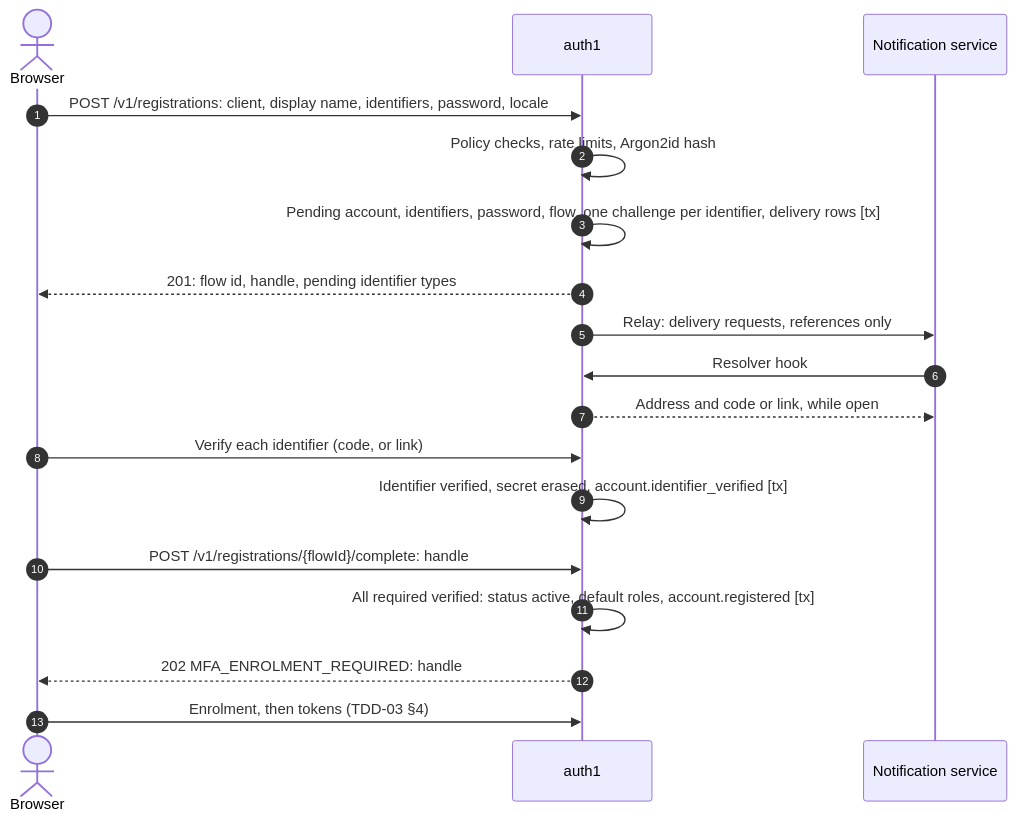
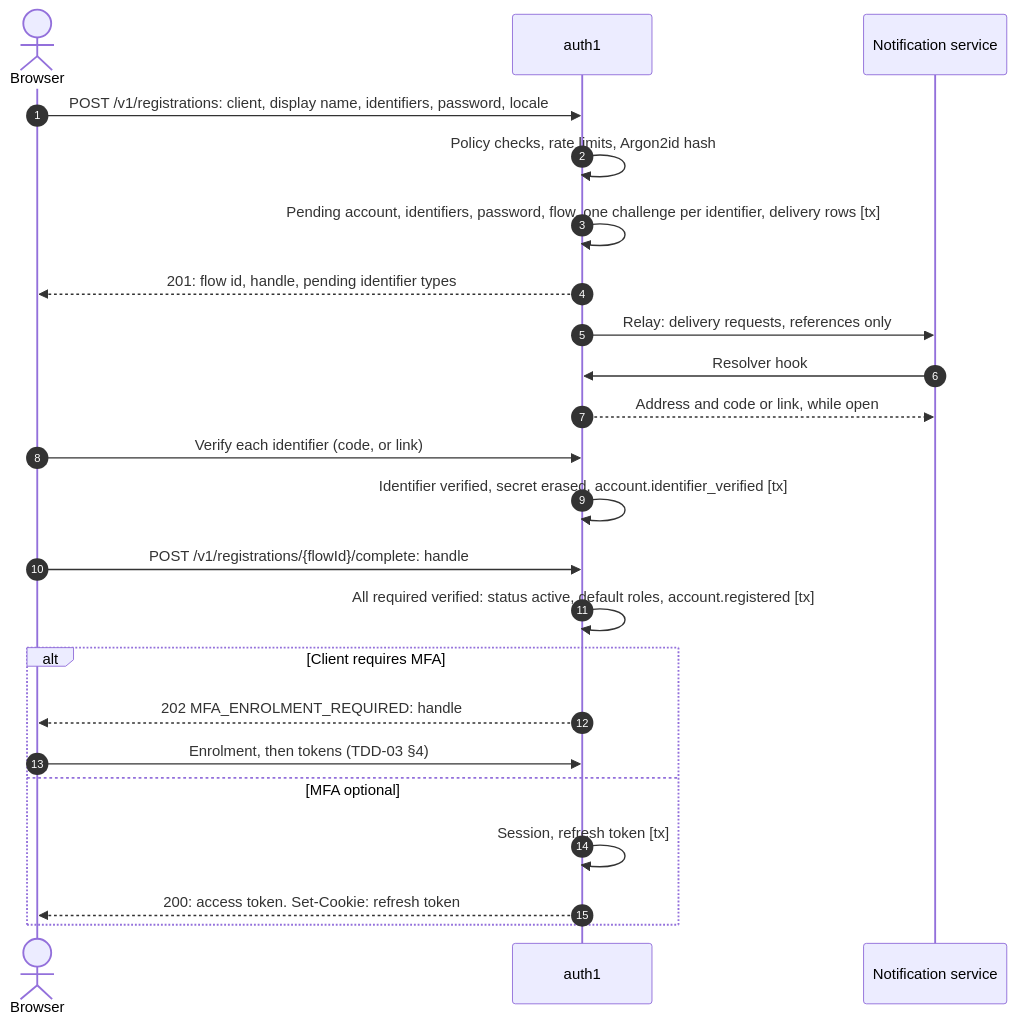
The sixth of 8 diagrams in docs/design.md (arafat-hasan/auth1), drawn with Mermaid before and after one commit. The commit also changed other lines of this file and 13 other files, not shown here.

First line of the commit message:
docs: make MFA optional (SDD 0.4)

````diff
--- a/docs/design.md
+++ b/docs/design.md
@@ -882,20 +908,25 @@
 ```mermaid
 sequenceDiagram
   autonumber
   actor B as Browser
   participant A as auth1
   participant N as Notification service
   B->>A: POST /v1/registrations: client, display name, identifiers, password, locale
   A->>A: Policy checks, rate limits, Argon2id hash
   A->>A: Pending account, identifiers, password, flow, one challenge per identifier, delivery rows [tx]
   A-->>B: 201: flow id, handle, pending identifier types
   A->>N: Relay: delivery requests, references only
   N->>A: Resolver hook
   A-->>N: Address and code or link, while open
   B->>A: Verify each identifier (code, or link)
   A->>A: Identifier verified, secret erased, account.identifier_verified [tx]
   B->>A: POST /v1/registrations/{flowId}/complete: handle
   A->>A: All required verified: status active, default roles, account.registered [tx]
-  A-->>B: 202 MFA_ENROLMENT_REQUIRED: handle
-  B->>A: Enrolment, then tokens (TDD-03 §4)
+  alt Client requires MFA
+    A-->>B: 202 MFA_ENROLMENT_REQUIRED: handle
+    B->>A: Enrolment, then tokens (TDD-03 §4)
+  else MFA optional
+    A->>A: Session, refresh token [tx]
+    A-->>B: 200: access token. Set-Cookie: refresh token
+  end
 ```
````
